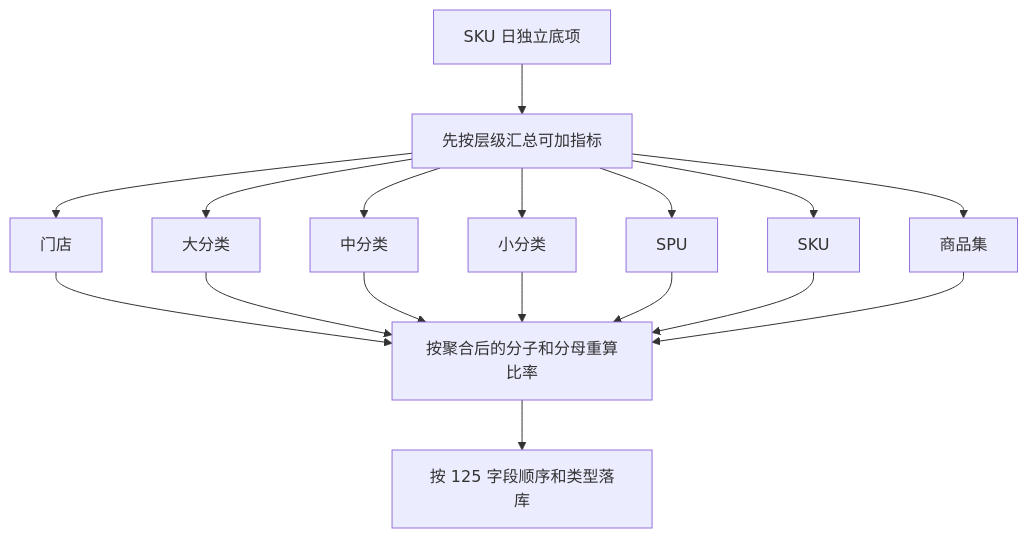
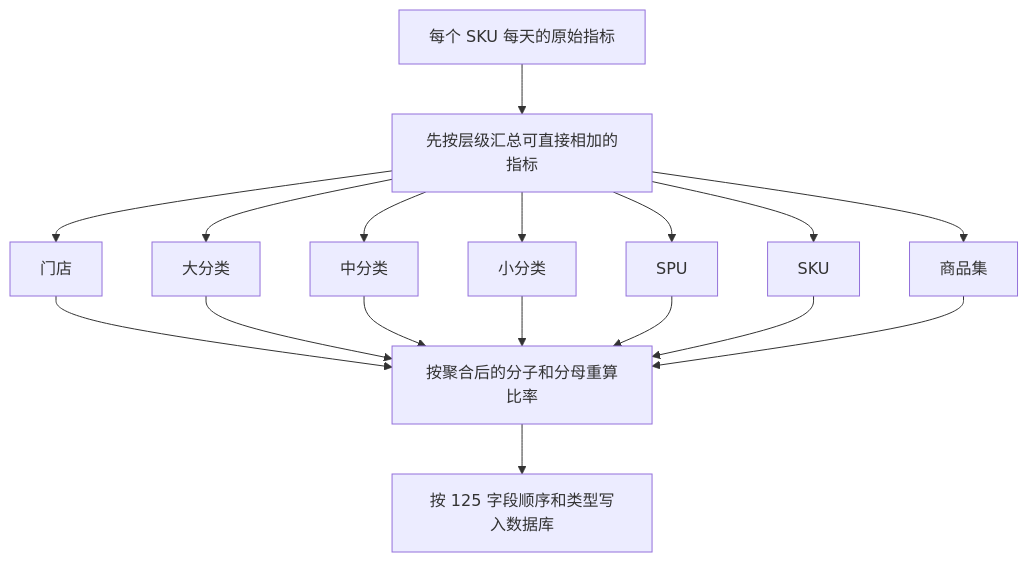
One commit to kate636/cuihua-data changed the seventh of 8 diagrams in fmetl/README.md. Above: the diagram before and after it, drawn with Mermaid. The commit also changed other lines of this file and 8 other files, not shown here.

````diff
--- a/fmetl/README.md
+++ b/fmetl/README.md
@@ -462,20 +494,20 @@
 ```mermaid
 flowchart TB
-    SKU_DAY["SKU 日独立底项"] --> SUM["先按层级汇总可加指标"]
+    SKU_DAY["每个 SKU 每天的原始指标"] --> SUM["先按层级汇总可直接相加的指标"]
     SUM --> STORE["门店"]
     SUM --> L1["大分类"]
     SUM --> L2["中分类"]
     SUM --> L3["小分类"]
     SUM --> SPU["SPU"]
     SUM --> SKU["SKU"]
     SUM --> GROUP["商品集"]
 
     STORE --> RATIO["按聚合后的分子和分母重算比率"]
     L1 --> RATIO
     L2 --> RATIO
     L3 --> RATIO
     SPU --> RATIO
     SKU --> RATIO
     GROUP --> RATIO
-    RATIO --> CONTRACT["按 125 字段顺序和类型落库"]
+    RATIO --> CONTRACT["按 125 字段顺序和类型写入数据库"]
 ```
````
